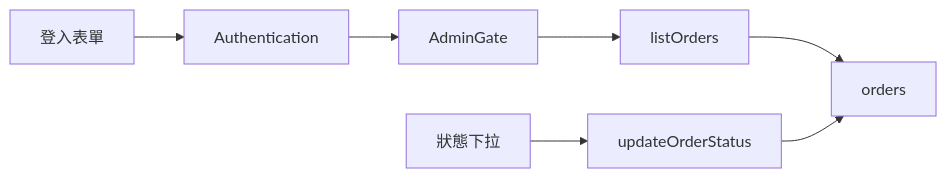
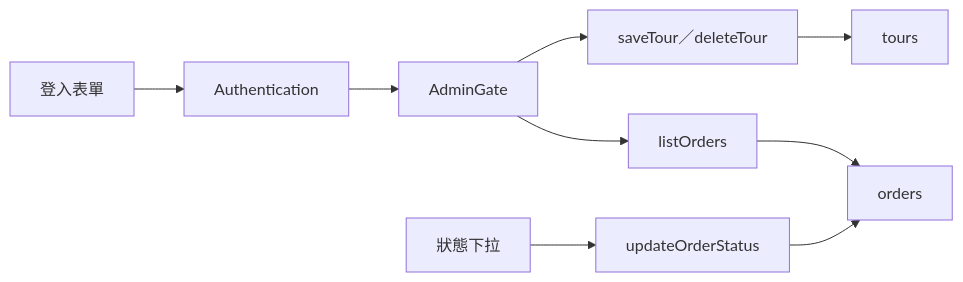
One commit to summer10920/summer10920.github.io changed the fourth of 5 diagrams in source/_posts/lokiTech-15day-13-project-travel-api.md. Above: the diagram before and after it, drawn with Mermaid. The commit also changed other lines of this file and 1 other file, not shown here.

Commit message:
講義 12、13：後台行程完整 CRUD（圖庫多列、每日行程、梯次、精選）、訂單軟刪說明、管理員寫入規則

```diff
--- a/source/_posts/lokiTech-15day-13-project-travel-api.md
+++ b/source/_posts/lokiTech-15day-13-project-travel-api.md
@@ -1791,8 +1871,10 @@
 {% mermaid graph LR %}
   form["登入表單"] --> authn["Authentication"]
   authn --> gate["AdminGate"]
+  gate --> tours["saveTour／deleteTour"]
   gate --> list["listOrders"]
+  tours --> fsTours["tours"]
   list --> fs["orders"]
   select["狀態下拉"] --> update["updateOrderStatus"]
   update --> fs
 {% endmermaid %}
```
